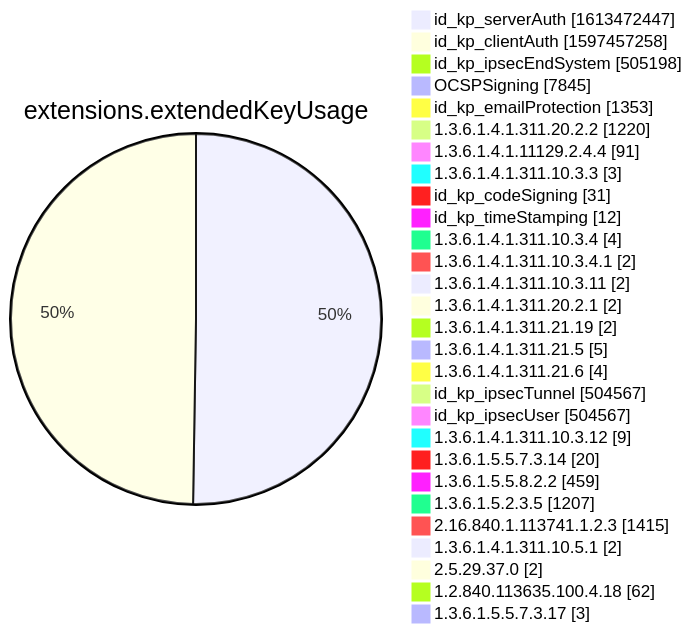
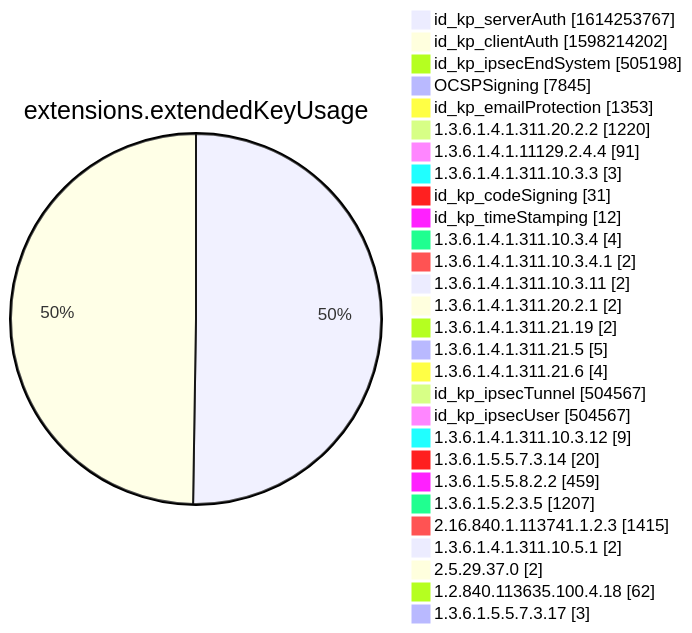
Diagram 12 of 15 in xenon2022/README.md (christiankrug/ctmonitor_visualization), drawn with Mermaid before and after one commit. The commit also changed other lines of this file, not shown here.

````diff
--- a/xenon2022/README.md
+++ b/xenon2022/README.md
@@ -3885,32 +3885,32 @@
 ```mermaid
 pie showData
 title extensions.extendedKeyUsage
-"id_kp_serverAuth" :1613472447
-"id_kp_clientAuth" :1597457258
+"id_kp_serverAuth" :1614253767
+"id_kp_clientAuth" :1598214202
 "id_kp_ipsecEndSystem" :505198
 "OCSPSigning" :7845
 "id_kp_emailProtection" :1353
 "1.3.6.1.4.1.311.20.2.2" :1220
 "1.3.6.1.4.1.11129.2.4.4" :91
 "1.3.6.1.4.1.311.10.3.3" :3
 "id_kp_codeSigning" :31
 "id_kp_timeStamping" :12
 "1.3.6.1.4.1.311.10.3.4" :4
 "1.3.6.1.4.1.311.10.3.4.1" :2
 "1.3.6.1.4.1.311.10.3.11" :2
 "1.3.6.1.4.1.311.20.2.1" :2
 "1.3.6.1.4.1.311.21.19" :2
 "1.3.6.1.4.1.311.21.5" :5
 "1.3.6.1.4.1.311.21.6" :4
 "id_kp_ipsecTunnel" :504567
 "id_kp_ipsecUser" :504567
 "1.3.6.1.4.1.311.10.3.12" :9
 "1.3.6.1.5.5.7.3.14" :20
 "1.3.6.1.5.5.8.2.2" :459
 "1.3.6.1.5.2.3.5" :1207
 "2.16.840.1.113741.1.2.3" :1415
 "1.3.6.1.4.1.311.10.5.1" :2
 "2.5.29.37.0" :2
 "1.2.840.113635.100.4.18" :62
 "1.3.6.1.5.5.7.3.17" :3
 ```
````
